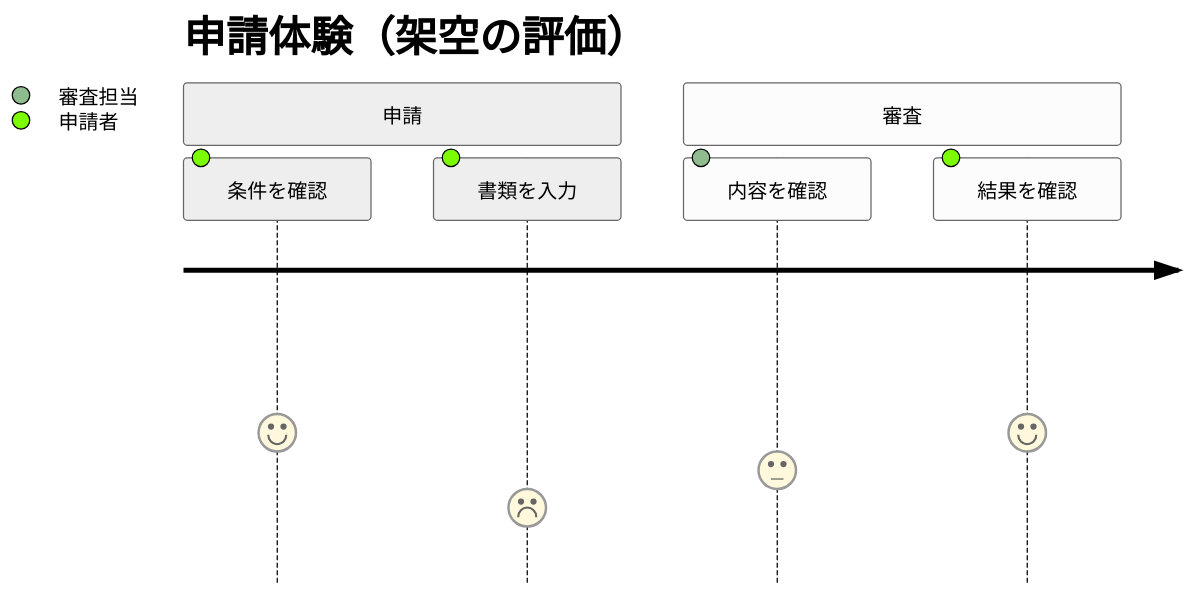
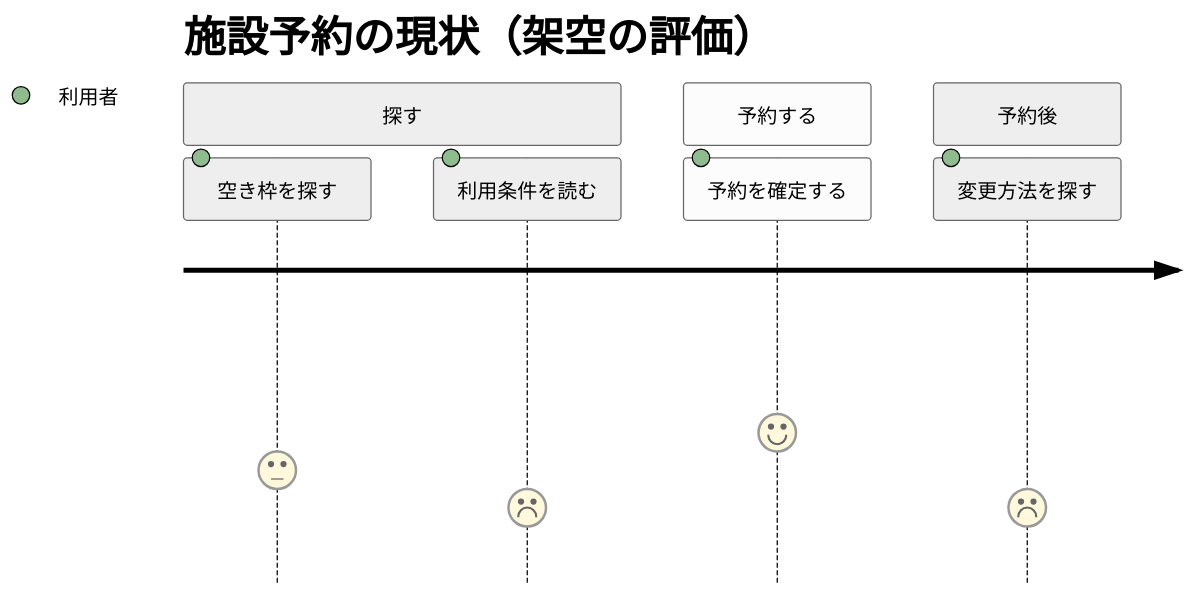
The diagram in plugins/sketch/skills/draw-mermaid/examples/journey.md (Wataru-Toriumi/agent-skills), drawn with Mermaid (neutral theme) before and after one commit. The commit also changed other lines of this file and 5 other files, not shown here.

````diff
--- a/plugins/sketch/skills/draw-mermaid/examples/journey.md
+++ b/plugins/sketch/skills/draw-mermaid/examples/journey.md
@@ -6,10 +6,11 @@
 ```mermaid
 journey
-    title 申請体験（架空の評価）
-    section 申請
-        条件を確認: 4: 申請者
-        書類を入力: 2: 申請者
-    section 審査
-        内容を確認: 3: 審査担当
-        結果を確認: 4: 申請者
+    title 施設予約の現状（架空の評価）
+    section 探す
+        空き枠を探す: 3: 利用者
+        利用条件を読む: 2: 利用者
+    section 予約する
+        予約を確定する: 4: 利用者
+    section 予約後
+        変更方法を探す: 2: 利用者
 ```
````
